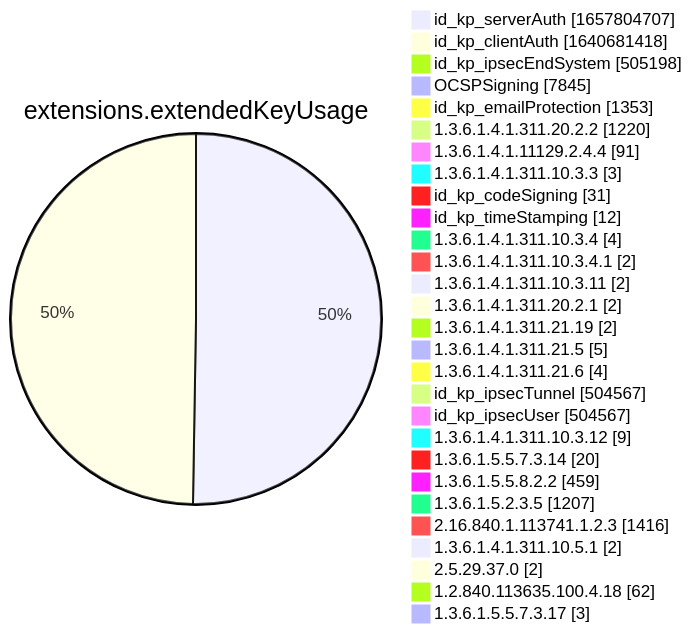
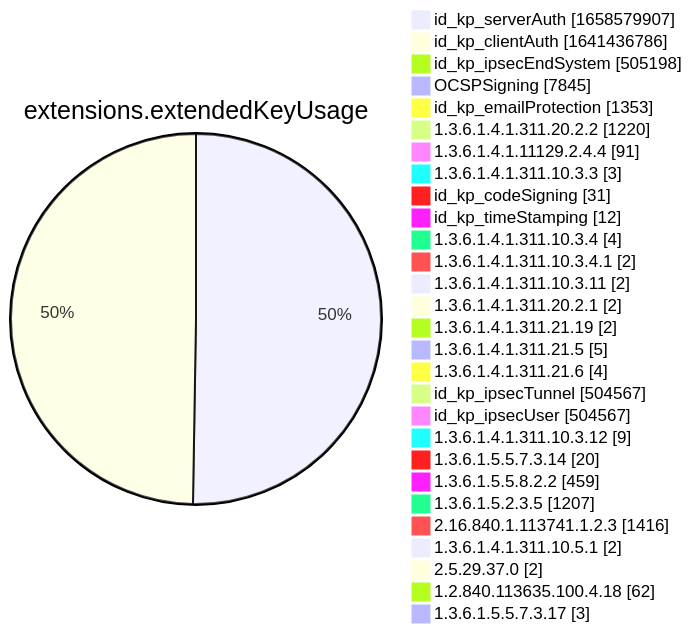
Before and after one commit to christiankrug/ctmonitor_visualization: diagram 12 of 15 in xenon2022/README.md, drawn with Mermaid. The commit also changed other lines of this file, not shown here.

````diff
--- a/xenon2022/README.md
+++ b/xenon2022/README.md
@@ -3886,32 +3886,32 @@
 ```mermaid
 pie showData
 title extensions.extendedKeyUsage
-"id_kp_serverAuth" :1657804707
-"id_kp_clientAuth" :1640681418
+"id_kp_serverAuth" :1658579907
+"id_kp_clientAuth" :1641436786
 "id_kp_ipsecEndSystem" :505198
 "OCSPSigning" :7845
 "id_kp_emailProtection" :1353
 "1.3.6.1.4.1.311.20.2.2" :1220
 "1.3.6.1.4.1.11129.2.4.4" :91
 "1.3.6.1.4.1.311.10.3.3" :3
 "id_kp_codeSigning" :31
 "id_kp_timeStamping" :12
 "1.3.6.1.4.1.311.10.3.4" :4
 "1.3.6.1.4.1.311.10.3.4.1" :2
 "1.3.6.1.4.1.311.10.3.11" :2
 "1.3.6.1.4.1.311.20.2.1" :2
 "1.3.6.1.4.1.311.21.19" :2
 "1.3.6.1.4.1.311.21.5" :5
 "1.3.6.1.4.1.311.21.6" :4
 "id_kp_ipsecTunnel" :504567
 "id_kp_ipsecUser" :504567
 "1.3.6.1.4.1.311.10.3.12" :9
 "1.3.6.1.5.5.7.3.14" :20
 "1.3.6.1.5.5.8.2.2" :459
 "1.3.6.1.5.2.3.5" :1207
 "2.16.840.1.113741.1.2.3" :1416
 "1.3.6.1.4.1.311.10.5.1" :2
 "2.5.29.37.0" :2
 "1.2.840.113635.100.4.18" :62
 "1.3.6.1.5.5.7.3.17" :3
 ```
````
